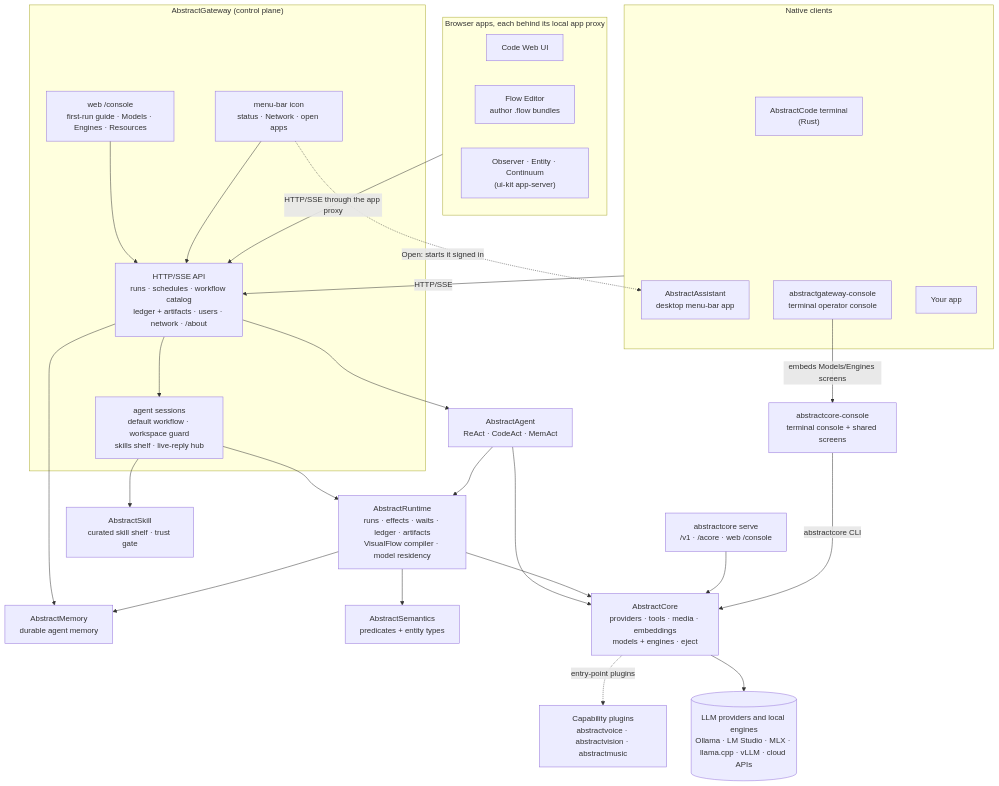
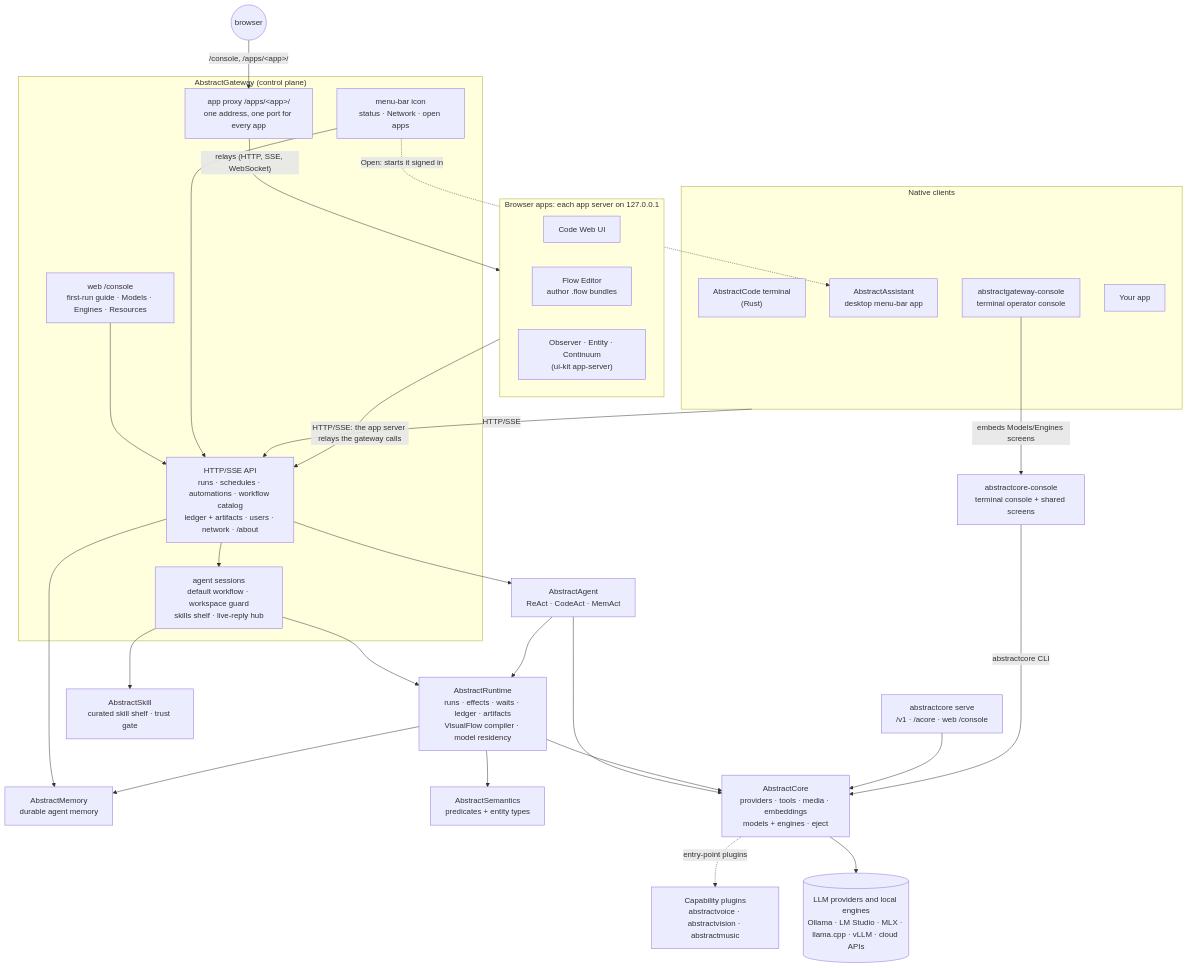
Before and after one commit to lpalbou/AbstractFramework: the first of 7 diagrams in docs/architecture.md, drawn with Mermaid. The commit also changed other lines of this file and 20 other files, not shown here.

````diff
--- a/docs/architecture.md
+++ b/docs/architecture.md
@@ -48,54 +50,59 @@
 ```mermaid
 flowchart TB
     subgraph CLIENTS["Native clients"]
         CODET["AbstractCode terminal<br/>(Rust)"]
         ASSIST["AbstractAssistant<br/>desktop menu-bar app"]
         GCON["abstractgateway-console<br/>terminal operator console"]
         APP["Your app"]
     end
 
-    subgraph BROWSER["Browser apps, each behind its local app proxy"]
+    BR(("browser"))
+
+    subgraph BROWSER["Browser apps: each app server on 127.0.0.1"]
         CODEW["Code Web UI"]
         FLOWED["Flow Editor<br/>author .flow bundles"]
         UIAPPS["Observer · Entity · Continuum<br/>(ui-kit app-server)"]
     end
 
     subgraph GATEWAY["AbstractGateway (control plane)"]
-        API["HTTP/SSE API<br/>runs · schedules · workflow catalog<br/>ledger + artifacts · users · network · /about"]
+        API["HTTP/SSE API<br/>runs · schedules · automations · workflow catalog<br/>ledger + artifacts · users · network · /about"]
+        APXY["app proxy /apps/&lt;app&gt;/<br/>one address, one port for every app"]
         SESS["agent sessions<br/>default workflow · workspace guard<br/>skills shelf · live-reply hub"]
         WEB["web /console<br/>first-run guide · Models · Engines · Resources"]
         TRAY["menu-bar icon<br/>status · Network · open apps"]
     end
 
     AGENT["AbstractAgent<br/>ReAct · CodeAct · MemAct"]
     RT["AbstractRuntime<br/>runs · effects · waits · ledger · artifacts<br/>VisualFlow compiler · model residency"]
     MEM["AbstractMemory<br/>durable agent memory"]
     SEM["AbstractSemantics<br/>predicates + entity types"]
     SKILL["AbstractSkill<br/>curated skill shelf · trust gate"]
     CORE["AbstractCore<br/>providers · tools · media · embeddings<br/>models + engines · eject"]
     PLUG["Capability plugins<br/>abstractvoice · abstractvision · abstractmusic"]
     CSRV["abstractcore serve<br/>/v1 · /acore · web /console"]
     CCON["abstractcore-console<br/>terminal console + shared screens"]
     PROV[("LLM providers and local engines<br/>Ollama · LM Studio · MLX · llama.cpp · vLLM · cloud APIs")]
 
     CLIENTS -->|HTTP/SSE| API
-    BROWSER -->|"HTTP/SSE through the app proxy"| API
+    BR -->|"/console, /apps/&lt;app&gt;/"| APXY
+    APXY -->|"relays (HTTP, SSE, WebSocket)"| BROWSER
+    BROWSER -->|"HTTP/SSE: the app server relays the gateway calls"| API
     WEB --> API
     TRAY --> API
     TRAY -.->|"Open: starts it signed in"| ASSIST
     API --> SESS
     SESS --> SKILL
     SESS --> RT
     API --> AGENT
     API --> MEM
     AGENT --> RT
     AGENT --> CORE
     RT --> CORE
     RT --> MEM
     RT --> SEM
     CORE -.->|entry-point plugins| PLUG
     CORE --> PROV
     GCON -->|embeds Models/Engines screens| CCON
     CSRV --> CORE
     CCON -->|abstractcore CLI| CORE
 ```
````
